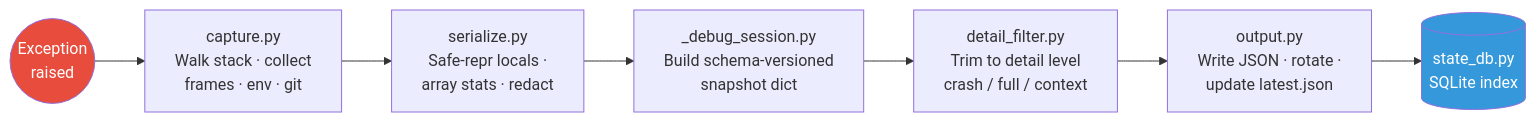
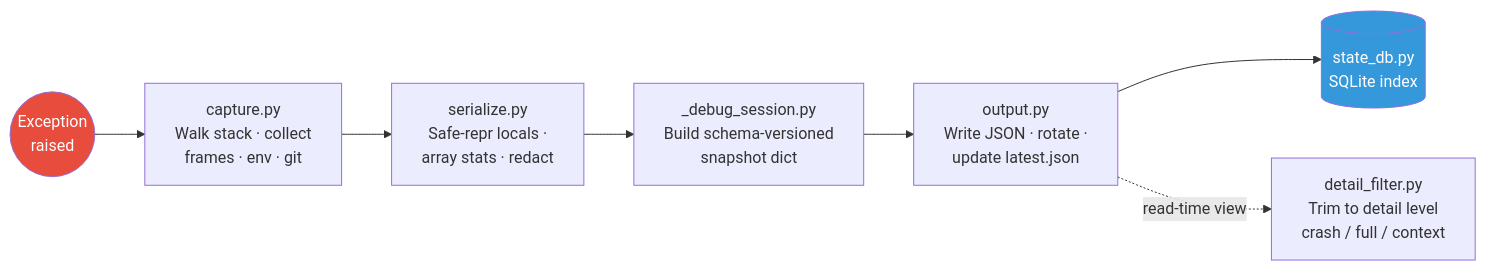
One commit to NicolasSchuler/tracegate changed the second of 3 diagrams in docs/architecture.md. Above: the diagram before and after it, drawn with Mermaid. The commit also changed other lines of this file and 40 other files, not shown here.

````diff
--- a/docs/architecture.md
+++ b/docs/architecture.md
@@ -80,12 +82,12 @@
 ```mermaid
 flowchart LR
     EXC((Exception<br/>raised)) --> CAP[capture.py<br/>Walk stack · collect<br/>frames · env · git]
     CAP --> SER[serialize.py<br/>Safe-repr locals ·<br/>array stats · redact]
     SER --> SESSION["_debug_session.py<br/>Build schema-versioned<br/>snapshot dict"]
-    SESSION --> FILT[detail_filter.py<br/>Trim to detail level<br/>crash / full / context]
-    FILT --> OUT[output.py<br/>Write JSON · rotate ·<br/>update latest.json]
+    SESSION --> OUT[output.py<br/>Write JSON · rotate ·<br/>update latest.json]
     OUT --> DB[(state_db.py<br/>SQLite index)]
+    OUT -. read-time view .-> FILT[detail_filter.py<br/>Trim to detail level<br/>crash / full / context]
 
     style EXC fill:#e74c3c,color:#fff
     style DB fill:#3498db,color:#fff
 ```
````
